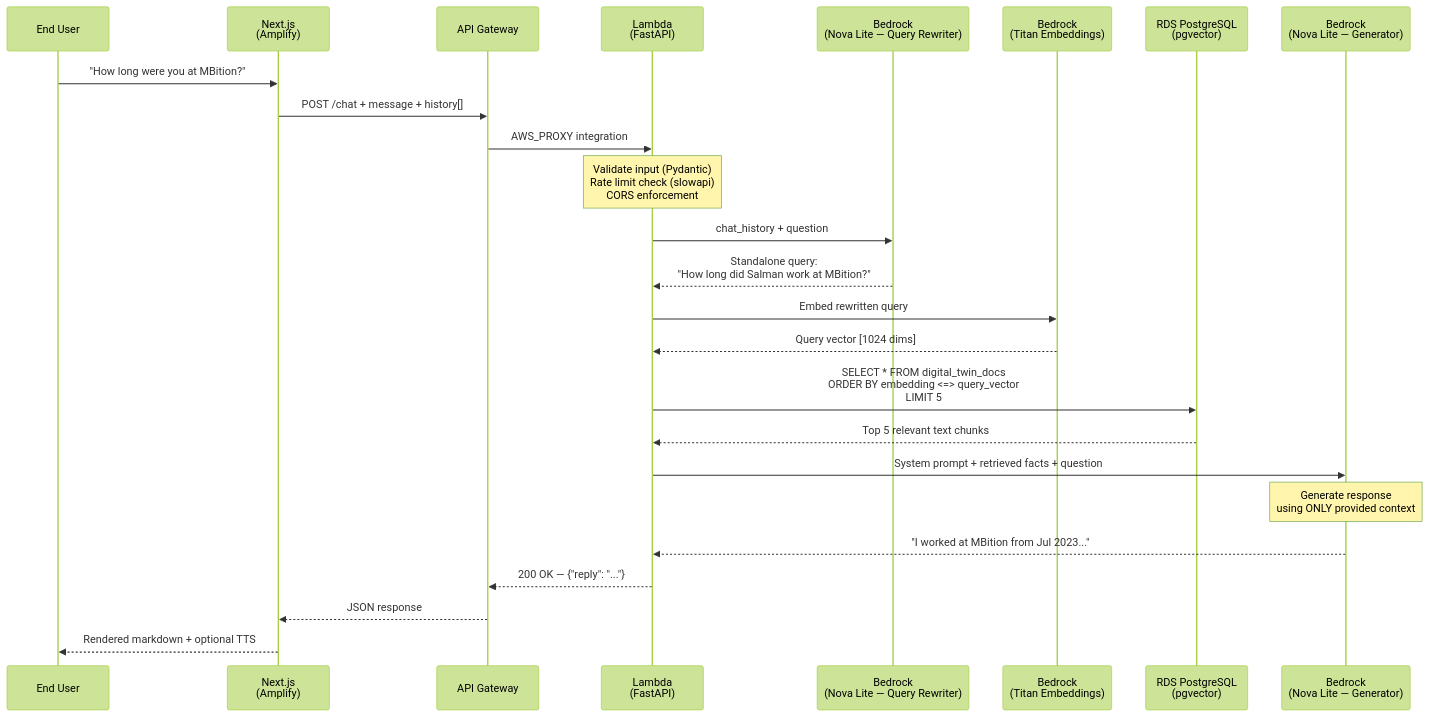
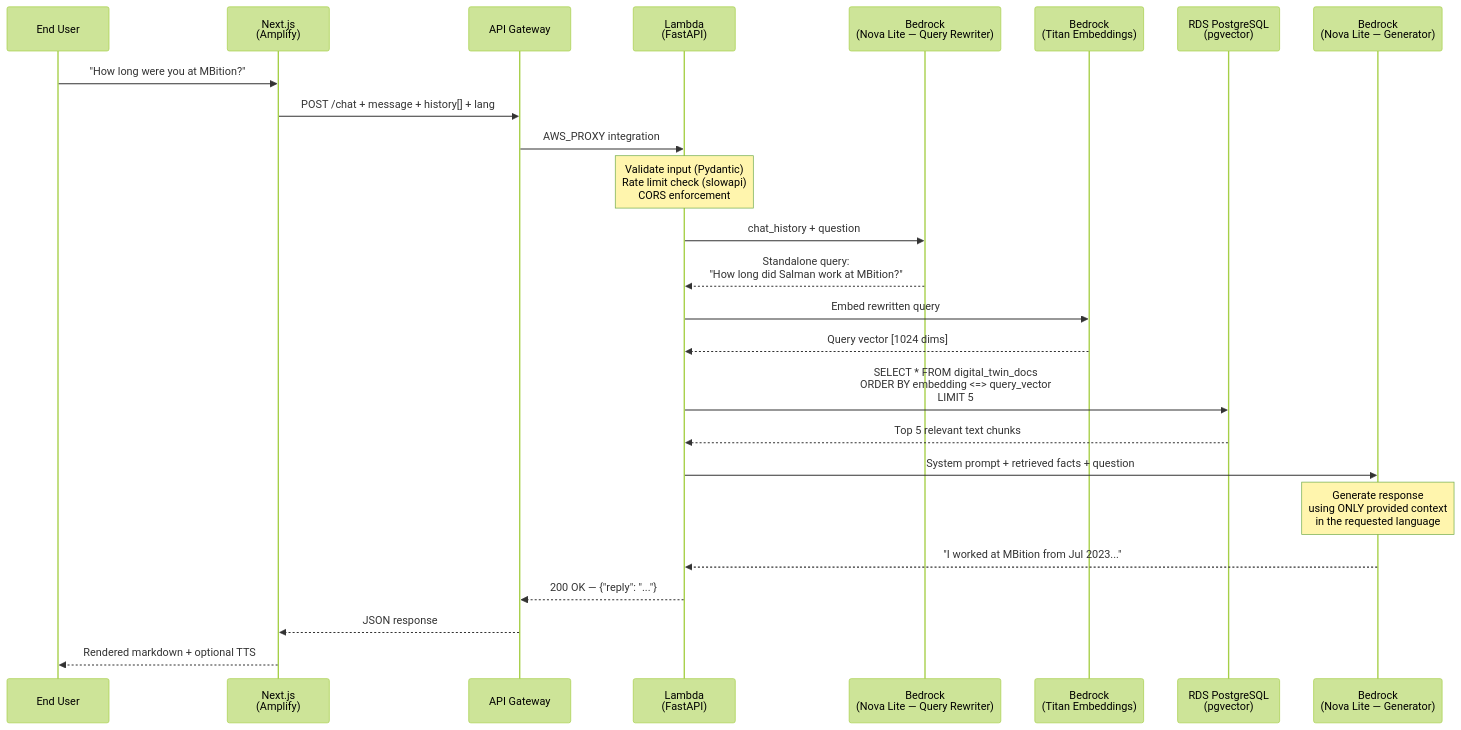
Before and after one commit to msalmansaeedch786/digital-twin: the second of 2 diagrams in README.md, drawn with Mermaid (forest theme). The commit also changed other lines of this file and 1 other file, not shown here.

````diff
--- a/README.md
+++ b/README.md
@@ -94,34 +95,34 @@
 ```mermaid
 sequenceDiagram
     participant User as End User
     participant FE as Next.js<br/>(Amplify)
     participant GW as API Gateway
     participant LB as Lambda<br/>(FastAPI)
     participant LLM1 as Bedrock<br/>(Nova Lite — Query Rewriter)
     participant EMB as Bedrock<br/>(Titan Embeddings)
     participant DB as RDS PostgreSQL<br/>(pgvector)
     participant LLM2 as Bedrock<br/>(Nova Lite — Generator)
 
     User->>FE: "How long were you at MBition?"
-    FE->>GW: POST /chat + message + history[]
+    FE->>GW: POST /chat + message + history[] + lang
     GW->>LB: AWS_PROXY integration
 
     Note over LB: Validate input (Pydantic)<br/>Rate limit check (slowapi)<br/>CORS enforcement
 
     LB->>LLM1: chat_history + question
     LLM1-->>LB: Standalone query:<br/>"How long did Salman work at MBition?"
 
     LB->>EMB: Embed rewritten query
     EMB-->>LB: Query vector [1024 dims]
 
     LB->>DB: SELECT * FROM digital_twin_docs<br/>ORDER BY embedding <=> query_vector<br/>LIMIT 5
     DB-->>LB: Top 5 relevant text chunks
 
     LB->>LLM2: System prompt + retrieved facts + question
-    Note over LLM2: Generate response<br/>using ONLY provided context
+    Note over LLM2: Generate response<br/>using ONLY provided context<br/>in the requested language
 
     LLM2-->>LB: "I worked at MBition from Jul 2023..."
     LB-->>GW: 200 OK — {"reply": "..."}
     GW-->>FE: JSON response
     FE-->>User: Rendered markdown + optional TTS
 ```
````
